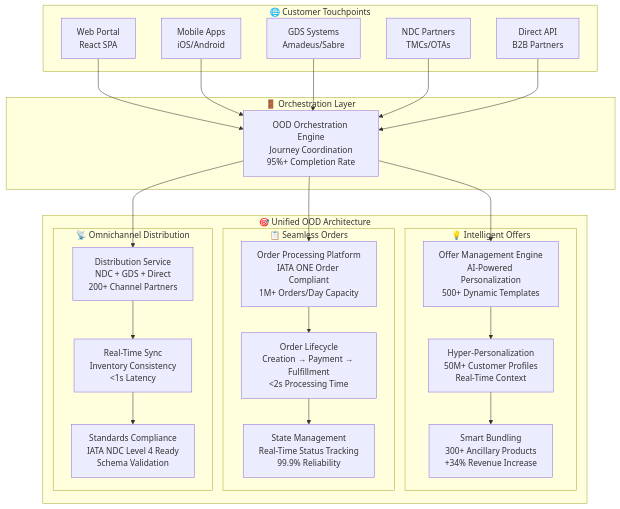
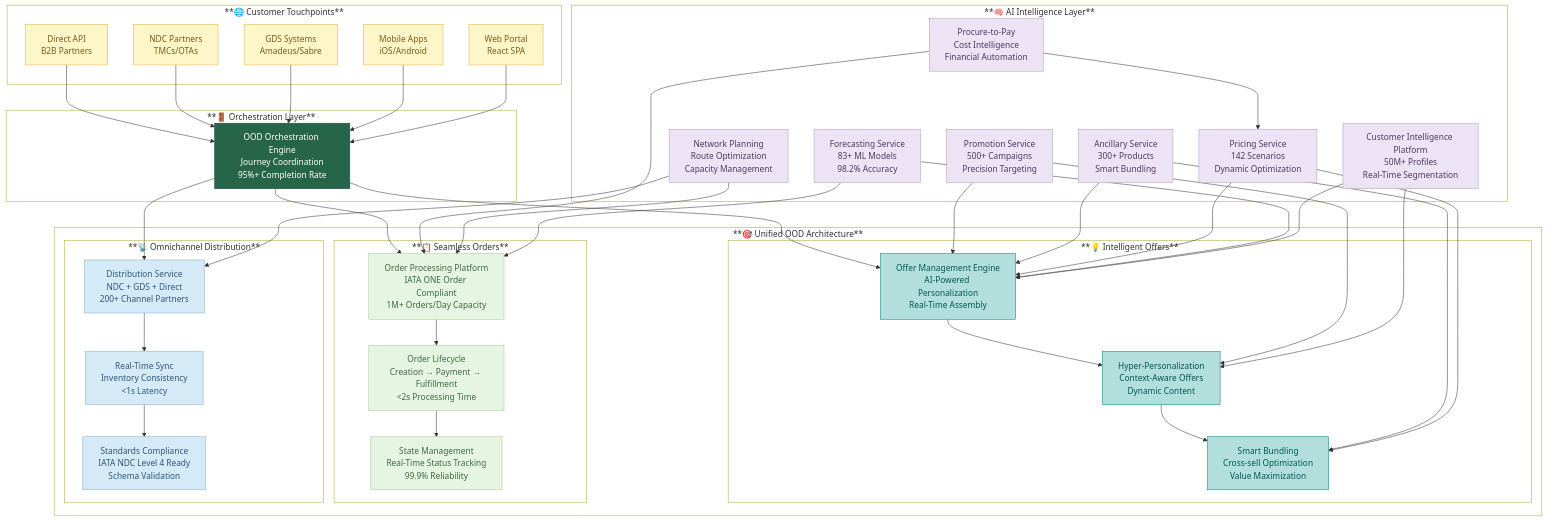
The first of 2 diagrams in README.md (suprachakra/Airline-Revenue-Optimization-System), drawn with Mermaid before and after one commit. The commit also changed other lines of this file, not shown here.

````diff
--- a/README.md
+++ b/README.md
@@ -51,43 +59,117 @@
 ```mermaid
-graph TB
-    subgraph "🎯 Unified OOD Architecture"
-        subgraph "💡 Intelligent Offers"
-            OFFER_ENGINE[Offer Management Engine<br/>AI-Powered Personalization<br/>500+ Dynamic Templates]
-            PERSONALIZATION[Hyper-Personalization<br/>50M+ Customer Profiles<br/>Real-Time Context]
-            BUNDLING[Smart Bundling<br/>300+ Ancillary Products<br/>+34% Revenue Increase]
-        end
-        
-        subgraph "📋 Seamless Orders"  
-            ORDER_PLATFORM[Order Processing Platform<br/>IATA ONE Order Compliant<br/>1M+ Orders/Day Capacity]
-            LIFECYCLE[Order Lifecycle<br/>Creation → Payment → Fulfillment<br/><2s Processing Time]
-            STATE_MGMT[State Management<br/>Real-Time Status Tracking<br/>99.9% Reliability]
-        end
-        
-        subgraph "📡 Omnichannel Distribution"
-            DISTRIBUTION[Distribution Service<br/>NDC + GDS + Direct<br/>200+ Channel Partners]
-            SYNC[Real-Time Sync<br/>Inventory Consistency<br/><1s Latency]
-            COMPLIANCE[Standards Compliance<br/>IATA NDC Level 4 Ready<br/>Schema Validation]
-        end
-    end
-    
-    subgraph "🌐 Customer Touchpoints"
-        WEB[Web Portal<br/>React SPA]
-        MOBILE[Mobile Apps<br/>iOS/Android]
-        GDS[GDS Systems<br/>Amadeus/Sabre]
-        NDC[NDC Partners<br/>TMCs/OTAs]
-        DIRECT[Direct API<br/>B2B Partners]
-    end
-    
-    subgraph "🚪 Orchestration Layer"
-        OOD_CORE[OOD Orchestration Engine<br/>Journey Coordination<br/>95%+ Completion Rate]
-    end
-    
-    WEB & MOBILE & GDS & NDC & DIRECT --> OOD_CORE
-    OOD_CORE --> OFFER_ENGINE
-    OOD_CORE --> ORDER_PLATFORM  
-    OOD_CORE --> DISTRIBUTION
-    
-    OFFER_ENGINE --> PERSONALIZATION --> BUNDLING
-    ORDER_PLATFORM --> LIFECYCLE --> STATE_MGMT
-    DISTRIBUTION --> SYNC --> COMPLIANCE
+flowchart TB
+ subgraph subGraph0["**🧠 AI Intelligence Layer**"]
+        CI["Customer Intelligence Platform<br>50M+ Profiles<br>Real-Time Segmentation"]
+        FS["Forecasting Service<br>83+ ML Models<br>98.2% Accuracy"]
+        PS["Pricing Service<br>142 Scenarios<br>Dynamic Optimization"]
+        AS["Ancillary Service<br>300+ Products<br>Smart Bundling"]
+        PR["Promotion Service<br>500+ Campaigns<br>Precision Targeting"]
+        NP["Network Planning<br>Route Optimization<br>Capacity Management"]
+        P2P["Procure-to-Pay<br>Cost Intelligence<br>Financial Automation"]
+  end
+ subgraph subGraph1["**💡 Intelligent Offers**"]
+        OFFER_ENGINE["Offer Management Engine<br>AI-Powered Personalization<br>Real-Time Assembly"]
+        PERSONALIZATION["Hyper-Personalization<br>Context-Aware Offers<br>Dynamic Content"]
+        BUNDLING["Smart Bundling<br>Cross-sell Optimization<br>Value Maximization"]
+  end
+ subgraph subGraph2["**📋 Seamless Orders**"]
+        ORDER_PLATFORM["Order Processing Platform<br>IATA ONE Order Compliant<br>1M+ Orders/Day Capacity"]
+        LIFECYCLE["Order Lifecycle<br>Creation → Payment → Fulfillment<br>&lt;2s Processing Time"]
+        STATE_MGMT["State Management<br>Real-Time Status Tracking<br>99.9% Reliability"]
+  end
+ subgraph subGraph3["**📡 Omnichannel Distribution**"]
+        DISTRIBUTION["Distribution Service<br>NDC + GDS + Direct<br>200+ Channel Partners"]
+        SYNC["Real-Time Sync<br>Inventory Consistency<br>&lt;1s Latency"]
+        COMPLIANCE["Standards Compliance<br>IATA NDC Level 4 Ready<br>Schema Validation"]
+  end
+ subgraph subGraph4["**🎯 Unified OOD Architecture**"]
+        subGraph1
+        subGraph2
+        subGraph3
+  end
+ subgraph subGraph5["**🌐 Customer Touchpoints**"]
+        WEB["Web Portal<br>React SPA"]
+        MOBILE["Mobile Apps<br>iOS/Android"]
+        GDS["GDS Systems<br>Amadeus/Sabre"]
+        NDC["NDC Partners<br>TMCs/OTAs"]
+        DIRECT["Direct API<br>B2B Partners"]
+  end
+ subgraph subGraph6["**🚪 Orchestration Layer**"]
+        OOD_CORE["OOD Orchestration Engine<br>Journey Coordination<br>95%+ Completion Rate"]
+  end
+    CI --> OFFER_ENGINE & PERSONALIZATION
+    FS --> OFFER_ENGINE & ORDER_PLATFORM
+    PS --> OFFER_ENGINE & BUNDLING
+    AS --> BUNDLING & OFFER_ENGINE
+    PR --> PERSONALIZATION & OFFER_ENGINE
+    NP --> DISTRIBUTION & ORDER_PLATFORM
+    P2P --> PS & ORDER_PLATFORM
+    WEB --> OOD_CORE
+    MOBILE --> OOD_CORE
+    GDS --> OOD_CORE
+    NDC --> OOD_CORE
+    DIRECT --> OOD_CORE
+    OOD_CORE --> OFFER_ENGINE & ORDER_PLATFORM & DISTRIBUTION
+    OFFER_ENGINE --> PERSONALIZATION
+    PERSONALIZATION --> BUNDLING
+    ORDER_PLATFORM --> LIFECYCLE
+    LIFECYCLE --> STATE_MGMT
+    DISTRIBUTION --> SYNC
+    SYNC --> COMPLIANCE
+
+     CI:::MatisseLavender
+     FS:::MatisseLavender
+     PS:::MatisseLavender
+     AS:::MatisseLavender
+     PR:::MatisseLavender
+     NP:::MatisseLavender
+     P2P:::MatisseLavender
+     OFFER_ENGINE:::MiroTeal
+     PERSONALIZATION:::MiroTeal
+     BUNDLING:::MiroTeal
+     ORDER_PLATFORM:::DegasGreen
+     LIFECYCLE:::DegasGreen
+     STATE_MGMT:::DegasGreen
+     DISTRIBUTION:::PicassoBlue
+     DISTRIBUTION:::MonetBlue
+     SYNC:::MonetBlue
+     COMPLIANCE:::MonetBlue
+     WEB:::VanGoghYellow
+     MOBILE:::VanGoghYellow
+     GDS:::VanGoghYellow
+     NDC:::VanGoghYellow
+     DIRECT:::VanGoghYellow
+     OOD_CORE:::Pine
+    classDef CezannePeach stroke-width:1px, stroke-dasharray:none, stroke:#E2A07D, fill:#FBE7DA, color:#6D4532
+    classDef Rose stroke-width:1px, stroke-dasharray:none, stroke:#FF5978, fill:#FFDFE5, color:#8E2236
+    classDef KlimtGold stroke-width:1px, stroke-dasharray:none, stroke:#D4A017, fill:#FBF2C1, color:#705A16
+    classDef Peach stroke-width:1px, stroke-dasharray:none, stroke:#FBB35A, fill:#FFEFDB, color:#8F632D
+    classDef RenoirPink stroke-width:1px, stroke-dasharray:none, stroke:#E4A0A0, fill:#FBE5E5, color:#7D3E3E
+    classDef HokusaiWave stroke-width:1px, stroke-dasharray:none, stroke:#6188A9, fill:#D4E8F2, color:#2A425D
+    classDef PollockChaos stroke-width:1px, stroke-dasharray:none, stroke:#8A0303, fill:#F2C6C6, color:#520000
+    classDef OkeeffeSunset stroke-width:1px, stroke-dasharray:none, stroke:#FF9933, fill:#FFF2E6, color:#CC6600
+    classDef MondrianRed stroke-width:1px, stroke-dasharray:none, stroke:#CC0000, fill:#FFCCCC, color:#990000
+    classDef HockWaveBlue stroke-width:1px, stroke-dasharray:none, stroke:#1976D2, fill:#BBDEFB, color:#0D47A1
+    classDef WarholPop stroke-width:1px, stroke-dasharray:none, stroke:#FF3366, fill:#FFE6F0, color:#B3003E
+    classDef OrozcoTeal stroke-width:1px, stroke-dasharray:none, stroke:#009688, fill:#E0F2F1, color:#00695C
+    classDef MatisseCoral stroke-width:1px, stroke-dasharray:none, stroke:#FF7043, fill:#FFE0B2, color:#BF360C
+    classDef TurnerMist stroke-width:1px, stroke-dasharray:none, stroke:#B8C4D1, fill:#EAF2F8, color:#4A5B6F
+    classDef GoldFoil stroke-width:1px, stroke-dasharray:none, stroke:#C5941B, fill:#F7EBD8, color:#C5941B
+    classDef Aqua stroke-width:1px, stroke-dasharray:none, stroke:#46EDC8, fill:#DEFFF8, color:#378E7A
+    classDef Sky stroke-width:1px, stroke-dasharray:none, stroke:#374D7C, fill:#E2EBFF, color:#374D7C
+    classDef Ash stroke-width:1px, stroke-dasharray:none, stroke:#999999, fill:#EEEEEE, color:#000000
+    classDef MatisseLavender stroke-width:1px, stroke-dasharray:none, stroke:#B39DBC, fill:#ECE3F5, color:#4E3A5E
+    classDef VanGoghYellow stroke-width:1px, stroke-dasharray:none, stroke:#E3B448, fill:#FDF6C9, color:#7D5A17
+    classDef Pine stroke-width:1px, stroke-dasharray:none, stroke:#254336, fill:#27654A, color:#FFFFFF
+    classDef PicassoBlue stroke-width:1px, stroke-dasharray:none, stroke:#5A84A2, fill:#CDE0F2, color:#2D4661
+    classDef MonetBlue stroke-width:1px, stroke-dasharray:none, stroke:#87AFC7, fill:#D4EAF7, color:#30577B
+    classDef DegasGreen stroke-width:1px, stroke-dasharray:none, stroke:#A7C796, fill:#E6F4E2, color:#3E6A42
+    classDef MiroTeal stroke-width:1px, stroke-dasharray:none, stroke:#008080, fill:#B2DFDB, color:#005757
+    style subGraph1 fill:transparent
+    style subGraph2 fill:transparent
+    style subGraph3 fill:transparent
+    style subGraph0 fill:transparent
+    style subGraph5 fill:transparent
+    style subGraph6 fill:transparent
+    style subGraph4 fill:transparent
 ```
````
